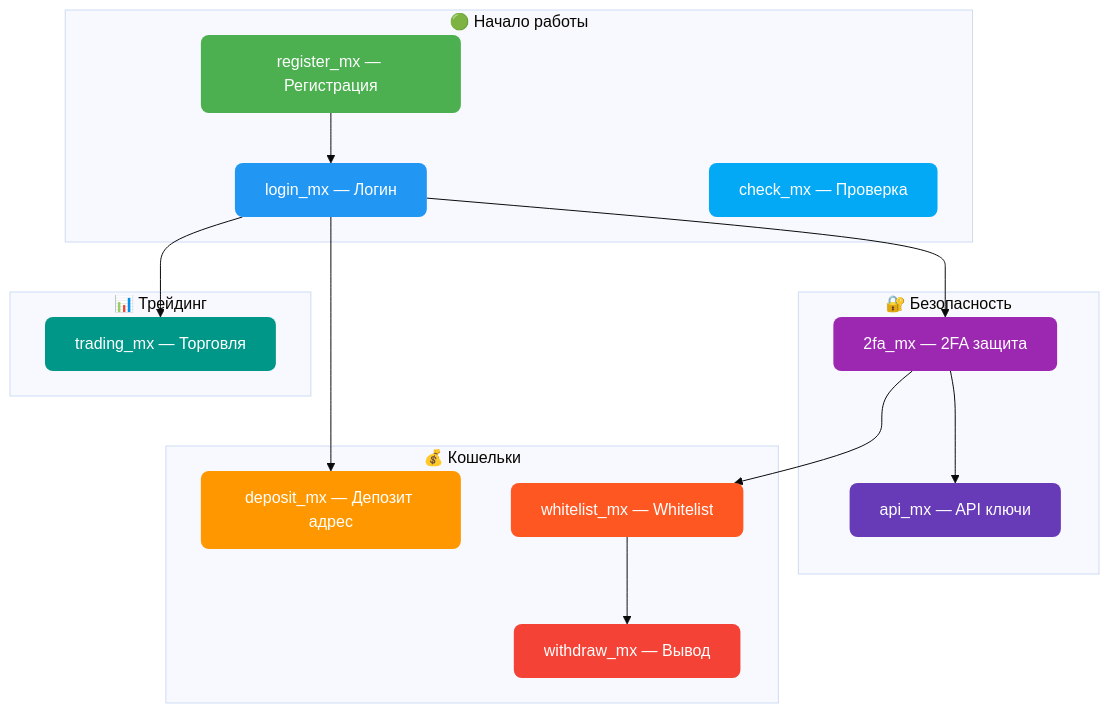
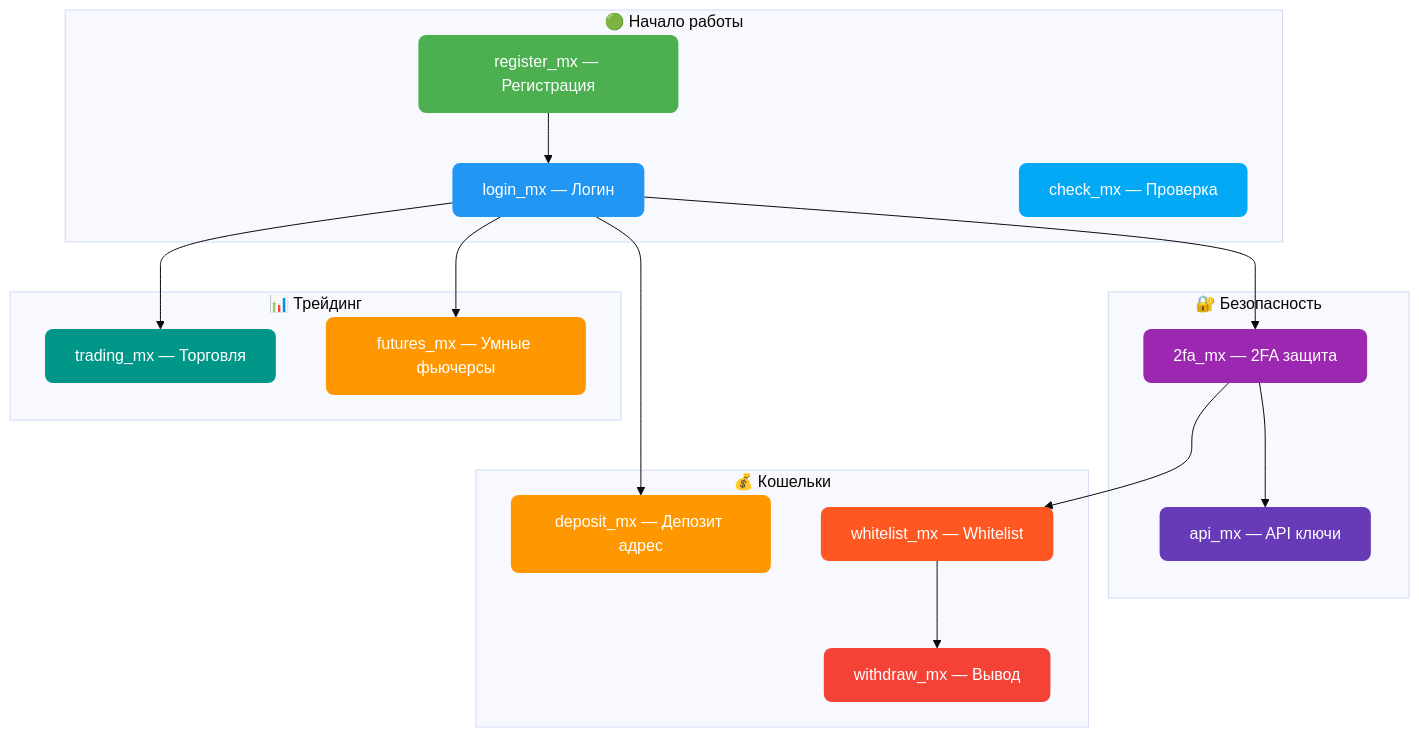
One commit to AutoPilotSoftware/docs changed the tenth of 10 diagrams in src/content/docs/exchanges/mexc-autopilot.md. Above: the diagram before and after it, drawn with Mermaid (base theme). The commit also changed other lines of this file and 2 other files, not shown here.

Commit message:
docs(mexc): smart futures (futures_mx) — market open + stop-loss pilot guide (ru/en/ua)

````diff
--- a/src/content/docs/exchanges/mexc-autopilot.md
+++ b/src/content/docs/exchanges/mexc-autopilot.md
@@ -353,41 +397,44 @@
 ```mermaid
 flowchart TD
     subgraph REG ["🟢 Начало работы"]
         R["register_mx — Регистрация"]
         L["login_mx — Логин"]
         C["check_mx — Проверка"]
     end
 
     subgraph SEC ["🔐 Безопасность"]
         FA["2fa_mx — 2FA защита"]
         API["api_mx — API ключи"]
     end
 
     subgraph WALLET ["💰 Кошельки"]
         D["deposit_mx — Депозит адрес"]
         W["whitelist_mx — Whitelist"]
         WD["withdraw_mx — Вывод"]
     end
 
     subgraph TRADE ["📊 Трейдинг"]
         T["trading_mx — Торговля"]
+        FU["futures_mx — Умные фьючерсы"]
     end
 
     R --> L
     L --> FA
     FA --> W
     FA --> API
     W --> WD
     L --> D
     L --> T
+    L --> FU
 
     style R fill:#4CAF50,color:#fff,stroke:none,rx:8
     style L fill:#2196F3,color:#fff,stroke:none,rx:8
     style C fill:#03A9F4,color:#fff,stroke:none,rx:8
     style FA fill:#9C27B0,color:#fff,stroke:none,rx:8
     style API fill:#673AB7,color:#fff,stroke:none,rx:8
     style D fill:#FF9800,color:#fff,stroke:none,rx:8
     style W fill:#FF5722,color:#fff,stroke:none,rx:8
     style WD fill:#f44336,color:#fff,stroke:none,rx:8
     style T fill:#009688,color:#fff,stroke:none,rx:8
+    style FU fill:#FF9800,color:#fff,stroke:none,rx:8
 ```
````
